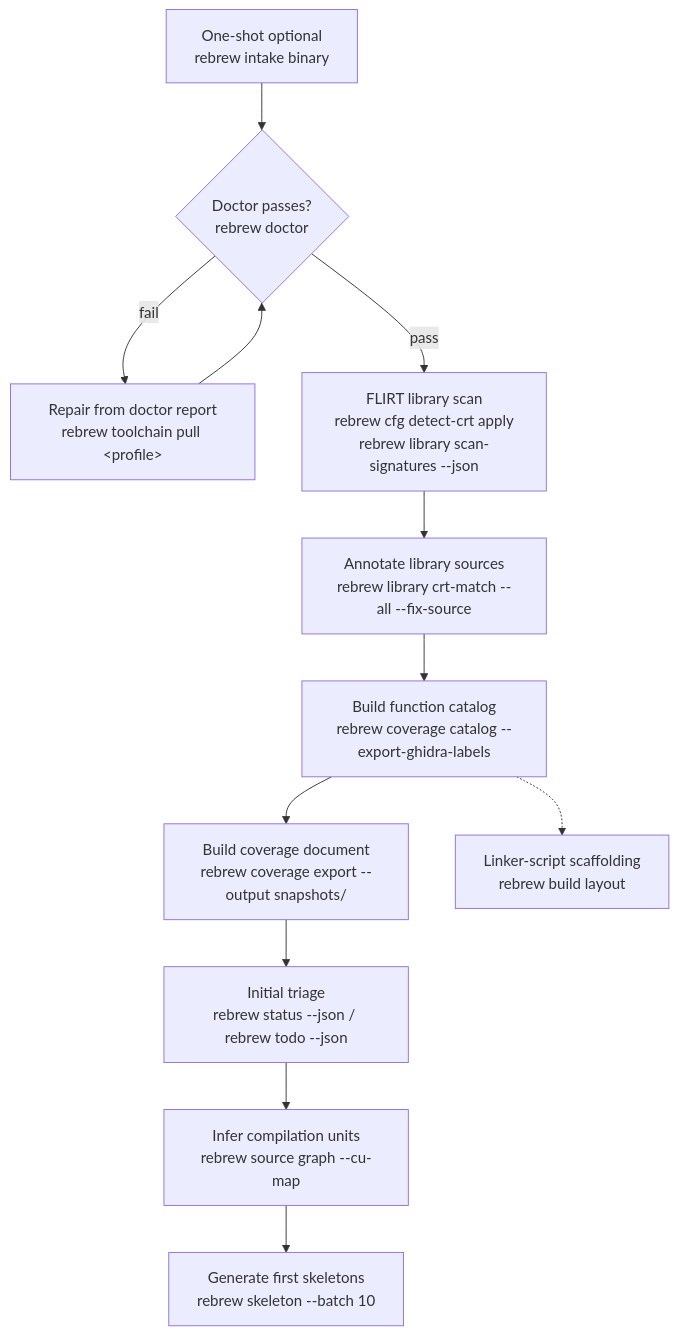
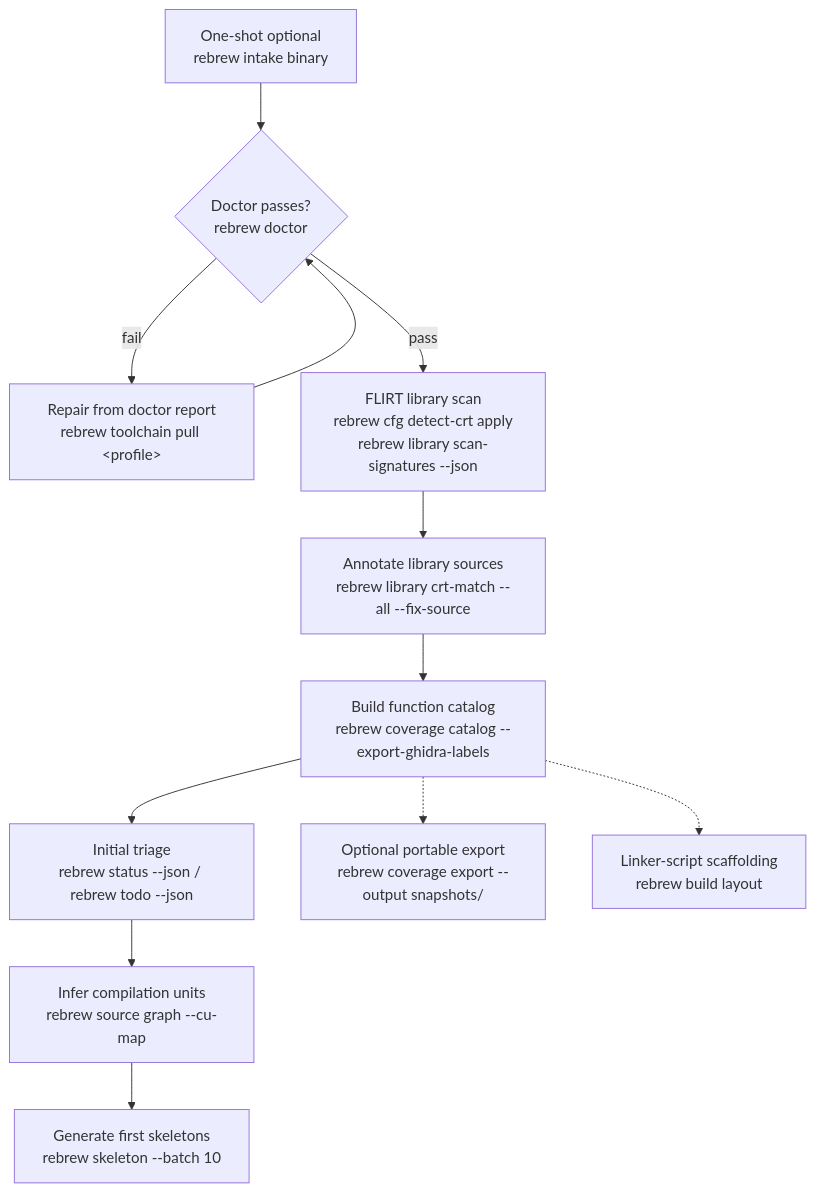
Before and after one commit to maci0/rebrew: the diagram in .agents/skills/rebrew-intake/SKILL.md, drawn with Mermaid. The commit also changed 9 other files, not shown here.

````diff
--- a/.agents/skills/rebrew-intake/SKILL.md
+++ b/.agents/skills/rebrew-intake/SKILL.md
@@ -10,14 +10,14 @@
 ```mermaid
 graph TD
     OneShot[One-shot optional<br/>rebrew intake binary] --> Doctor
     Doctor{Doctor passes?<br/>rebrew doctor} -->|fail| Fix[Repair from doctor report<br/>rebrew toolchain pull &lt;profile&gt;]
     Fix --> Doctor
     Doctor -->|pass| Flirt[FLIRT library scan<br/>rebrew cfg detect-crt apply<br/>rebrew library scan-signatures --json]
     Flirt --> CrtMatch[Annotate library sources<br/>rebrew library crt-match --all --fix-source]
     CrtMatch --> Catalog[Build function catalog<br/>rebrew coverage catalog --export-ghidra-labels]
-    Catalog --> BuildDb[Build coverage document<br/>rebrew coverage export --output snapshots/]
-    BuildDb --> Triage[Initial triage<br/>rebrew status --json / rebrew todo --json]
+    Catalog --> Triage[Initial triage<br/>rebrew status --json / rebrew todo --json]
+    Catalog -.-> Export[Optional portable export<br/>rebrew coverage export --output snapshots/]
     Triage --> CuMap[Infer compilation units<br/>rebrew source graph --cu-map]
     CuMap --> Skeleton[Generate first skeletons<br/>rebrew skeleton --batch 10]
     Catalog -.-> Layout[Linker-script scaffolding<br/>rebrew build layout]
 ```
````
